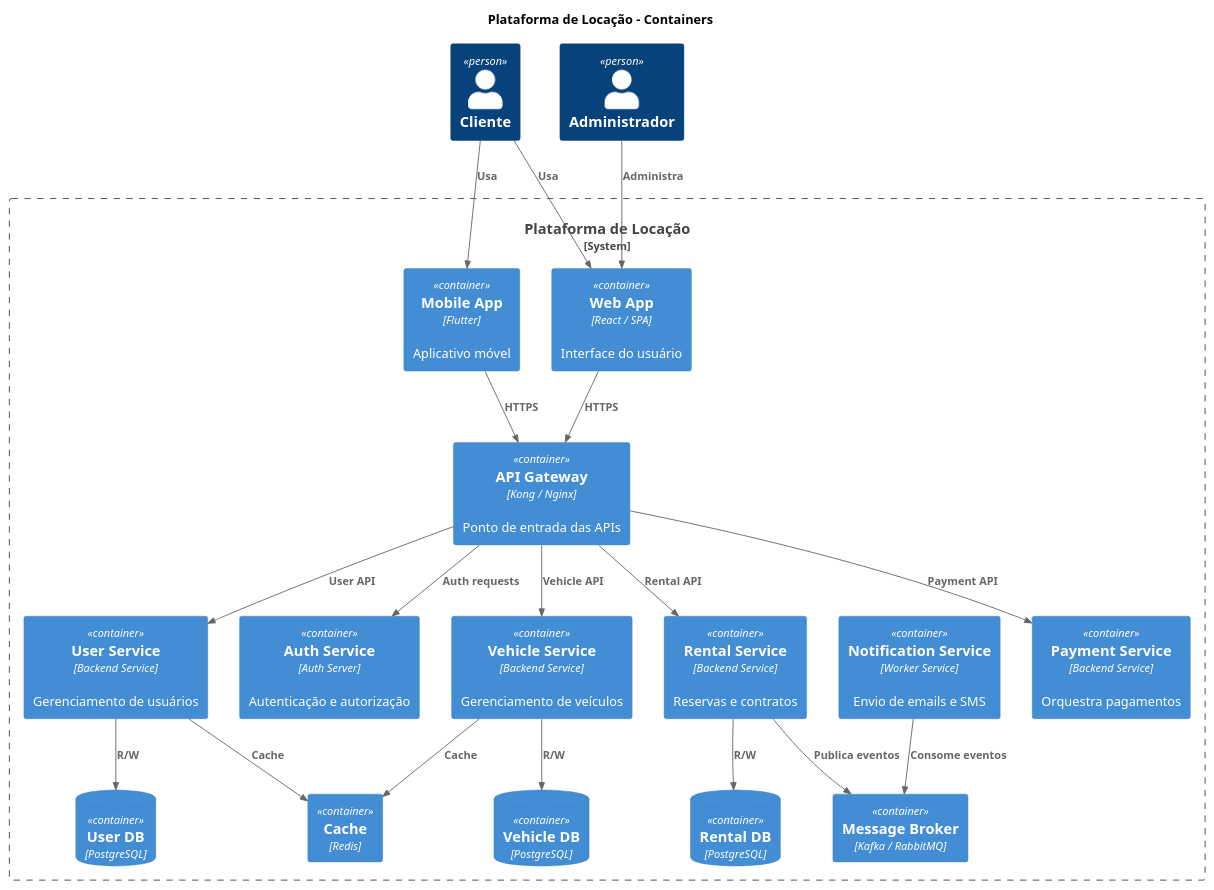
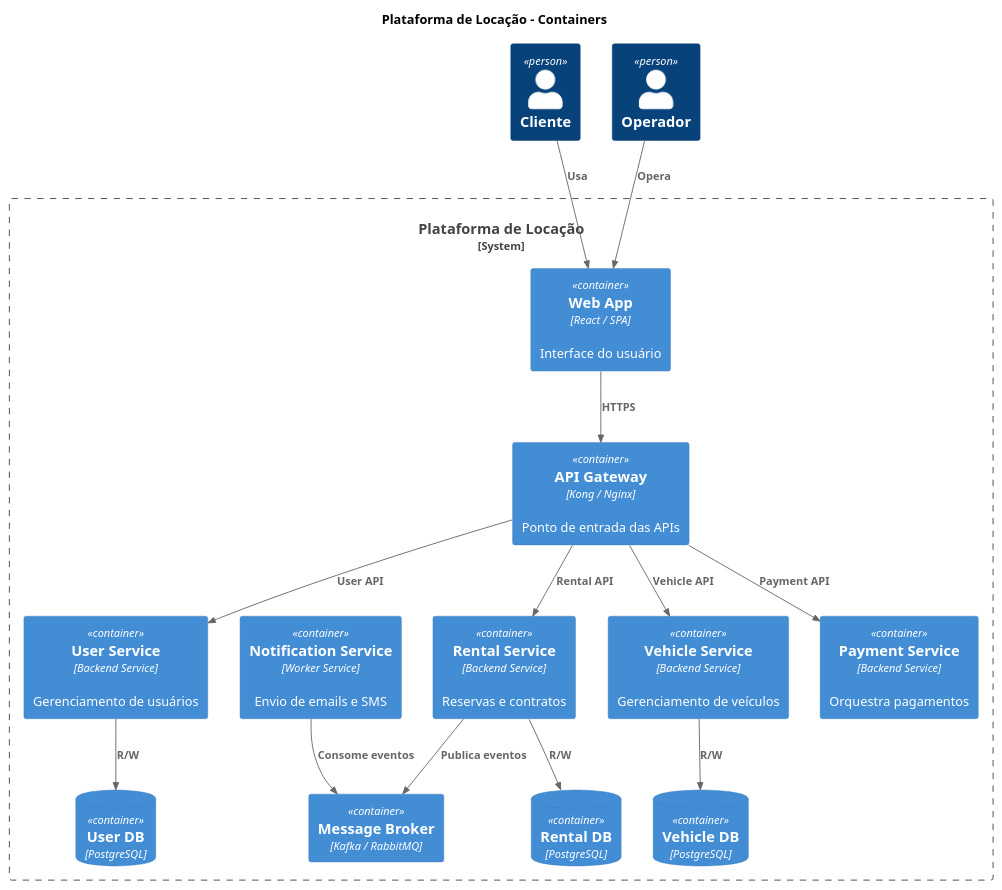
Before and after one commit to G4BR-13-L/c4-model-arquitetura-multiplataforma: the diagram in conteiner-level-2.plantuml, drawn with PlantUML. The commit also changed 8 other files, not shown here.

Commit message:
diagramas 1 e 2. 3 foi apenas iniciado

```diff
--- a/conteiner-level-2.plantuml
+++ b/conteiner-level-2.plantuml
@@ -1,62 +1,49 @@
 @startuml
 !include https://raw.githubusercontent.com/plantuml-stdlib/C4-PlantUML/master/C4_Container.puml
 
 title Plataforma de Locação - Containers
 
 Person(customer, "Cliente")
-Person(admin, "Administrador")
+Person(operador, "Operador")
 
 System_Boundary(system, "Plataforma de Locação") {
 
-Container(web_app, "Web App", "React / SPA", "Interface do usuário")
+    Container(web_app, "Web App", "React / SPA", "Interface do usuário")
 
-Container(mobile_app, "Mobile App", "Flutter", "Aplicativo móvel")
+    Container(api_gateway, "API Gateway", "Kong / Nginx", "Ponto de entrada das APIs")
 
-Container(api_gateway, "API Gateway", "Kong / Nginx", "Ponto de entrada das APIs")
+    Container(user_service, "User Service", "Backend Service", "Gerenciamento de usuários")
 
-Container(auth_service, "Auth Service", "Auth Server", "Autenticação e autorização")
+    Container(vehicle_service, "Vehicle Service", "Backend Service", "Gerenciamento de veículos")
 
-Container(user_service, "User Service", "Backend Service", "Gerenciamento de usuários")
+    Container(rental_service, "Rental Service", "Backend Service", "Reservas e contratos")
 
-Container(vehicle_service, "Vehicle Service", "Backend Service", "Gerenciamento de veículos")
+    Container(payment_service, "Payment Service", "Backend Service", "Orquestra pagamentos")
 
-Container(rental_service, "Rental Service", "Backend Service", "Reservas e contratos")
+    Container(notification_service, "Notification Service", "Worker Service", "Envio de emails e SMS")
 
-Container(payment_service, "Payment Service", "Backend Service", "Orquestra pagamentos")
-
-Container(notification_service, "Notification Service", "Worker Service", "Envio de emails e SMS")
-
-ContainerDb(user_db, "User DB", "PostgreSQL")
-ContainerDb(vehicle_db, "Vehicle DB", "PostgreSQL")
-ContainerDb(rental_db, "Rental DB", "PostgreSQL")
-
-Container(cache, "Cache", "Redis")
-
-Container(message_broker, "Message Broker", "Kafka / RabbitMQ")
-
+    ContainerDb(user_db, "User DB", "PostgreSQL")
+    ContainerDb(vehicle_db, "Vehicle DB", "PostgreSQL")
+    ContainerDb(rental_db, "Rental DB", "PostgreSQL")
+    
+    Container(message_broker, "Message Broker", "Kafka / RabbitMQ")
 }
 
 Rel(customer, web_app, "Usa")
-Rel(customer, mobile_app, "Usa")
-Rel(admin, web_app, "Administra")
+Rel(operador, web_app, "Opera")
 
 Rel(web_app, api_gateway, "HTTPS")
-Rel(mobile_app, api_gateway, "HTTPS")
 
-Rel(api_gateway, auth_service, "Auth requests")
 Rel(api_gateway, user_service, "User API")
 Rel(api_gateway, vehicle_service, "Vehicle API")
 Rel(api_gateway, rental_service, "Rental API")
 Rel(api_gateway, payment_service, "Payment API")
 
 Rel(user_service, user_db, "R/W")
 Rel(vehicle_service, vehicle_db, "R/W")
 Rel(rental_service, rental_db, "R/W")
 
 Rel(rental_service, message_broker, "Publica eventos")
 Rel(notification_service, message_broker, "Consome eventos")
 
-Rel(user_service, cache, "Cache")
-Rel(vehicle_service, cache, "Cache")
-
 @enduml
```
